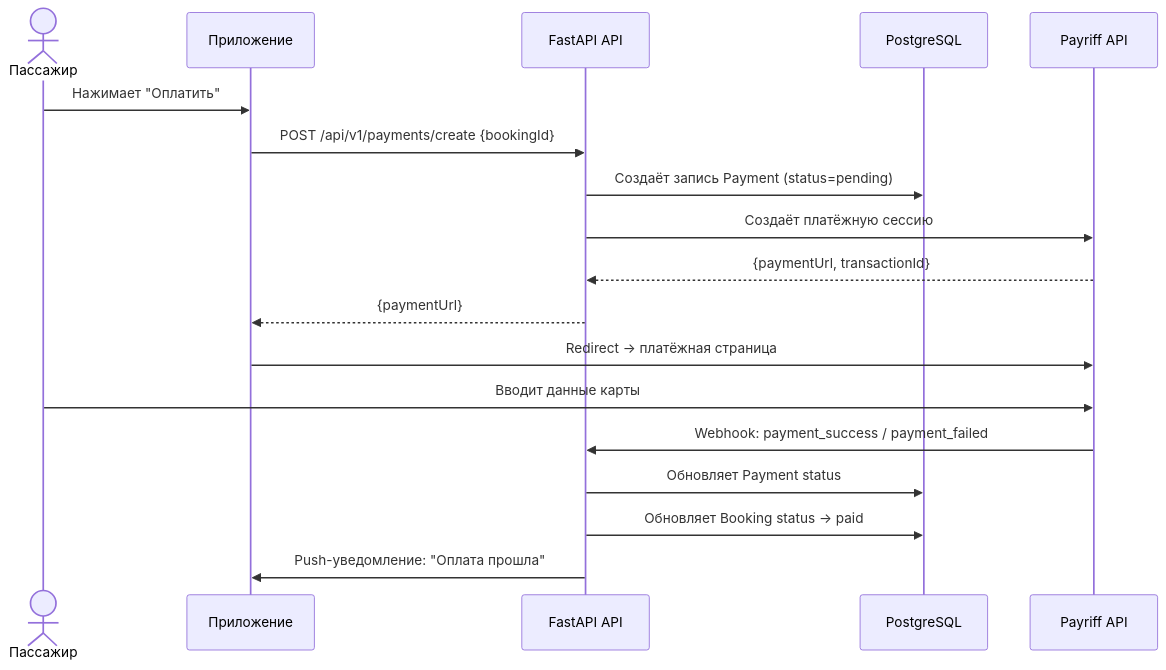
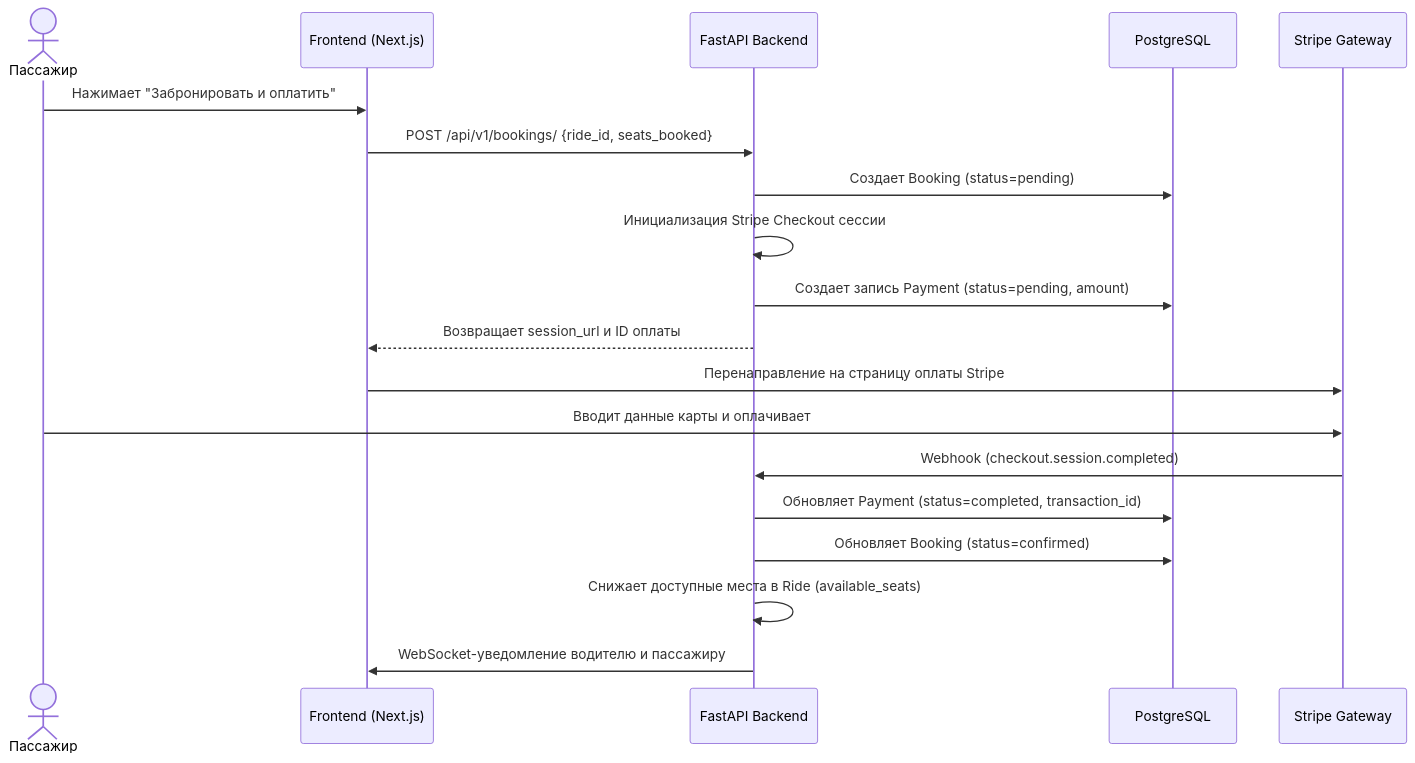
The third of 4 diagrams in yolustu_architecture.md (JosephIsrafilov/yolustu), drawn with Mermaid before and after one commit. The commit also changed other lines of this file and 11 other files, not shown here.

Commit message:
Refactor risks and metrics documentation, enhance architecture overview, and update project plan with completed phases and localization details

````diff
--- a/yolustu_architecture.md
+++ b/yolustu_architecture.md
@@ -117,21 +91,22 @@
 ```mermaid
 sequenceDiagram
     actor P as Пассажир
-    participant App as Приложение
-    participant API as FastAPI API
+    participant App as Frontend (Next.js)
+    participant API as FastAPI Backend
     participant DB as PostgreSQL
-    participant Pay as Payriff API
+    participant Stripe as Stripe Gateway
 
-    P->>App: Нажимает "Оплатить"
-    App->>API: POST /api/v1/payments/create {bookingId}
-    API->>DB: Создаёт запись Payment (status=pending)
-    API->>Pay: Создаёт платёжную сессию
-    Pay-->>API: {paymentUrl, transactionId}
-    API-->>App: {paymentUrl}
-    App->>Pay: Redirect → платёжная страница
-    P->>Pay: Вводит данные карты
-    Pay->>API: Webhook: payment_success / payment_failed
-    API->>DB: Обновляет Payment status
-    API->>DB: Обновляет Booking status → paid
-    API->>App: Push-уведомление: "Оплата прошла"
+    P->>App: Нажимает "Забронировать и оплатить"
+    App->>API: POST /api/v1/bookings/ {ride_id, seats_booked}
+    API->>DB: Создает Booking (status=pending)
+    API->>API: Инициализация Stripe Checkout сессии
+    API->>DB: Создает запись Payment (status=pending, amount)
+    API-->>App: Возвращает session_url и ID оплаты
+    App->>Stripe: Перенаправление на страницу оплаты Stripe
+    P->>Stripe: Вводит данные карты и оплачивает
+    Stripe->>API: Webhook (checkout.session.completed)
+    API->>DB: Обновляет Payment (status=completed, transaction_id)
+    API->>DB: Обновляет Booking (status=confirmed)
+    API->>API: Снижает доступные места в Ride (available_seats)
+    API->>App: WebSocket-уведомление водителю и пассажиру
 ```
````
